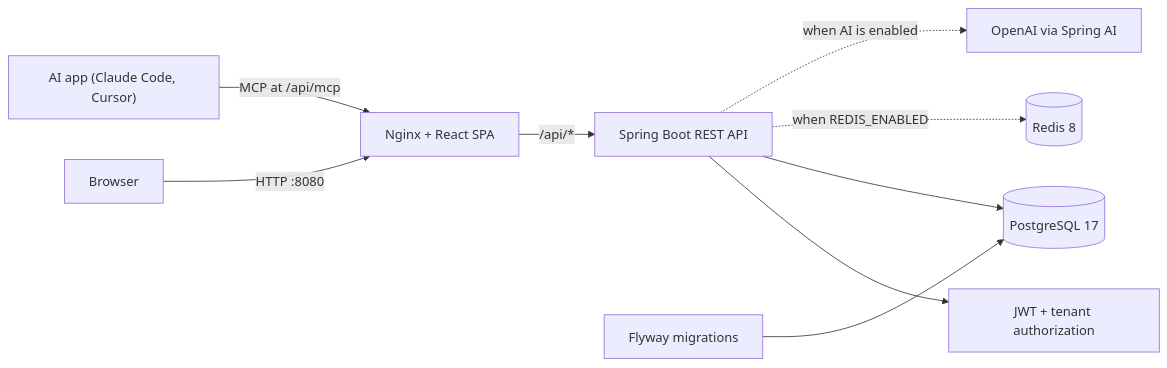
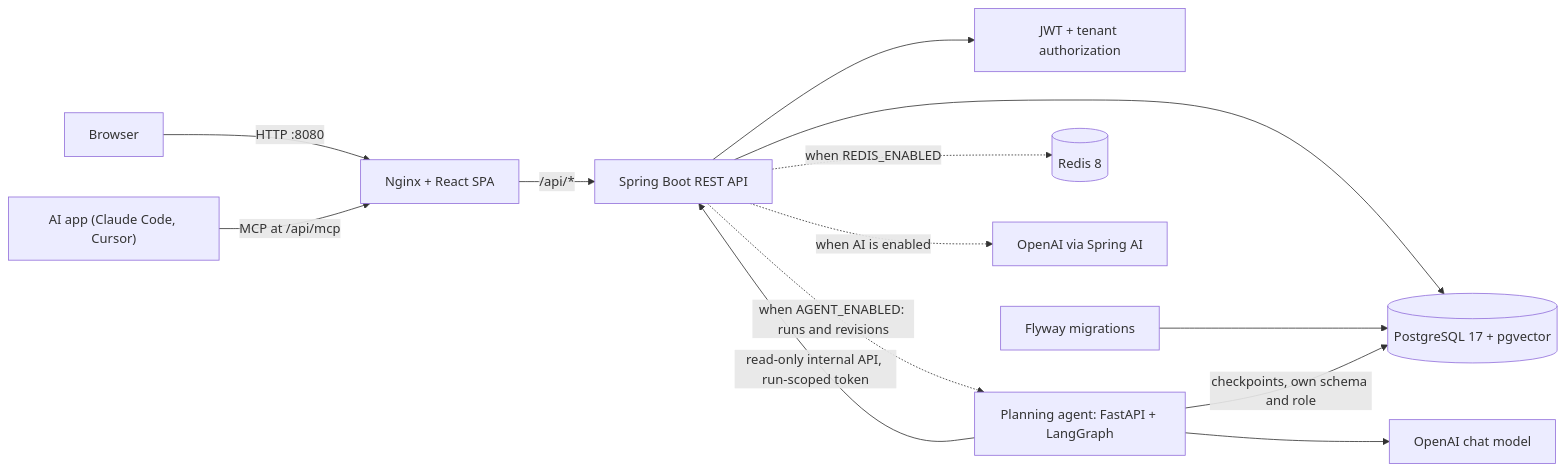
One commit to vokyo/FlowAi changed the diagram in README.md. Above: the diagram before and after it, drawn with Mermaid. The commit also changed other lines of this file and 1 other file, not shown here.

First line of the commit message:
docs: describe the planning agent in the README

````diff
--- a/README.md
+++ b/README.md
@@ -82,11 +93,15 @@
 ```mermaid
 flowchart LR
     Browser["Browser"] -->|"HTTP :8080"| Nginx["Nginx + React SPA"]
     AiApp["AI app (Claude Code, Cursor)"] -->|"MCP at /api/mcp"| Nginx
     Nginx -->|"/api/*"| API["Spring Boot REST API"]
     API --> Security["JWT + tenant authorization"]
-    API --> Database[("PostgreSQL 17")]
+    API --> Database[("PostgreSQL 17 + pgvector")]
     API -. "when REDIS_ENABLED" .-> Redis[("Redis 8")]
     API -. "when AI is enabled" .-> Provider["OpenAI via Spring AI"]
+    API -. "when AGENT_ENABLED: runs and revisions" .-> Agent["Planning agent: FastAPI + LangGraph"]
+    Agent -->|"read-only internal API, run-scoped token"| API
+    Agent -->|"checkpoints, own schema and role"| Database
+    Agent --> Model["OpenAI chat model"]
     Flyway["Flyway migrations"] --> Database
 ```
````
